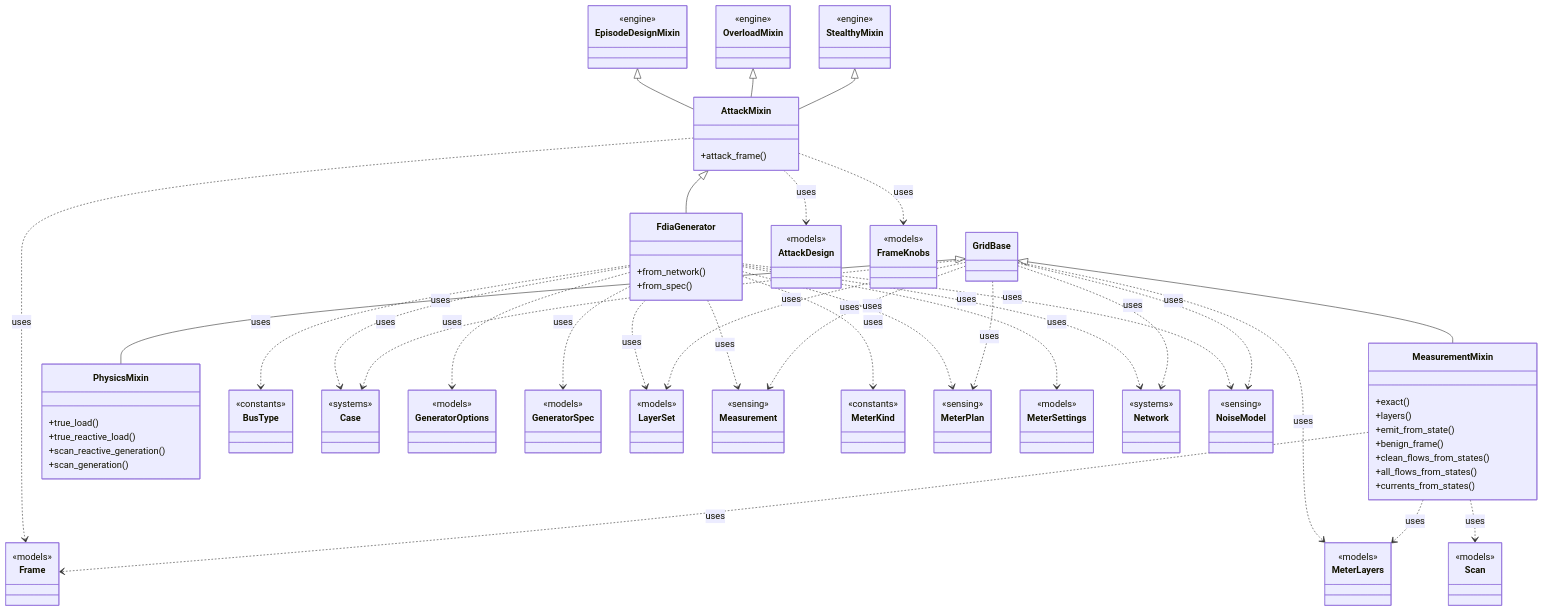
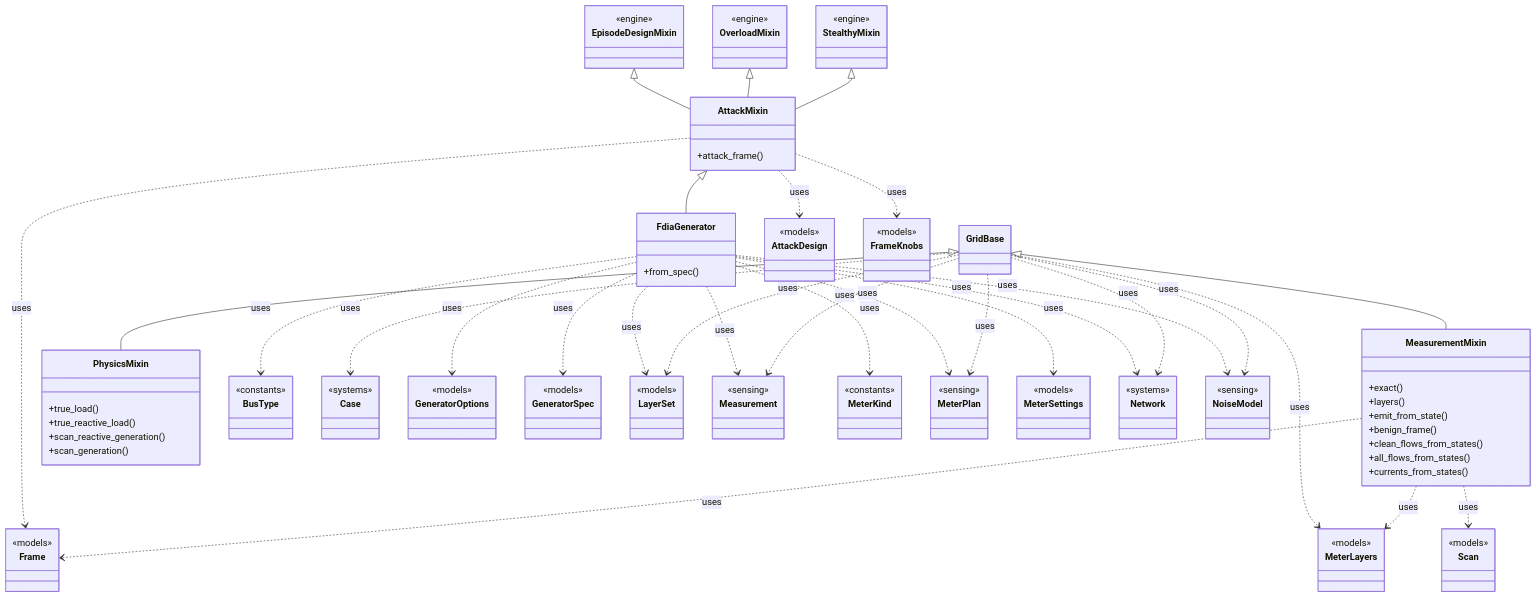
One commit to myersben9/fdia-graph changed the diagram in docs/figures/diagrams/classes_engine.mmd. Above: the diagram before and after it, drawn with Mermaid. The commit also changed 42 other files, not shown here.

First line of the commit message:
The split rule is a setting of every test system; the generator is built on a Network (#261)

```diff
--- a/docs/figures/diagrams/classes_engine.mmd
+++ b/docs/figures/diagrams/classes_engine.mmd
@@ -1,112 +1,110 @@
 classDiagram
     class GridBase {
     }
     class MeasurementMixin {
         +exact()
         +layers()
         +emit_from_state()
         +benign_frame()
         +clean_flows_from_states()
         +all_flows_from_states()
         +currents_from_states()
     }
     class PhysicsMixin {
         +true_load()
         +true_reactive_load()
         +scan_reactive_generation()
         +scan_generation()
     }
     class AttackMixin {
         +attack_frame()
     }
     class FdiaGenerator {
-        +from_network()
         +from_spec()
     }
     class AttackDesign {
         <<models>>
     }
     class BusType {
         <<constants>>
     }
     class Case {
         <<systems>>
     }
     class EpisodeDesignMixin {
         <<engine>>
     }
     class Frame {
         <<models>>
     }
     class FrameKnobs {
         <<models>>
     }
     class GeneratorOptions {
         <<models>>
     }
     class GeneratorSpec {
         <<models>>
     }
     class LayerSet {
         <<models>>
     }
     class Measurement {
         <<sensing>>
     }
     class MeterKind {
         <<constants>>
     }
     class MeterLayers {
         <<models>>
     }
     class MeterPlan {
         <<sensing>>
     }
     class MeterSettings {
         <<models>>
     }
     class Network {
         <<systems>>
     }
     class NoiseModel {
         <<sensing>>
     }
     class OverloadMixin {
         <<engine>>
     }
     class Scan {
         <<models>>
     }
     class StealthyMixin {
         <<engine>>
     }
     AttackMixin <|-- FdiaGenerator
     EpisodeDesignMixin <|-- AttackMixin
     GridBase <|-- MeasurementMixin
     GridBase <|-- PhysicsMixin
     OverloadMixin <|-- AttackMixin
     StealthyMixin <|-- AttackMixin
     AttackMixin ..> AttackDesign : uses
     AttackMixin ..> Frame : uses
     AttackMixin ..> FrameKnobs : uses
     FdiaGenerator ..> BusType : uses
-    FdiaGenerator ..> Case : uses
     FdiaGenerator ..> GeneratorOptions : uses
     FdiaGenerator ..> GeneratorSpec : uses
     FdiaGenerator ..> LayerSet : uses
     FdiaGenerator ..> Measurement : uses
     FdiaGenerator ..> MeterKind : uses
     FdiaGenerator ..> MeterPlan : uses
     FdiaGenerator ..> MeterSettings : uses
     FdiaGenerator ..> Network : uses
     FdiaGenerator ..> NoiseModel : uses
     GridBase ..> Case : uses
     GridBase ..> LayerSet : uses
     GridBase ..> Measurement : uses
     GridBase ..> MeterLayers : uses
     GridBase ..> MeterPlan : uses
     GridBase ..> Network : uses
     GridBase ..> NoiseModel : uses
     MeasurementMixin ..> Frame : uses
     MeasurementMixin ..> MeterLayers : uses
     MeasurementMixin ..> Scan : uses
```
